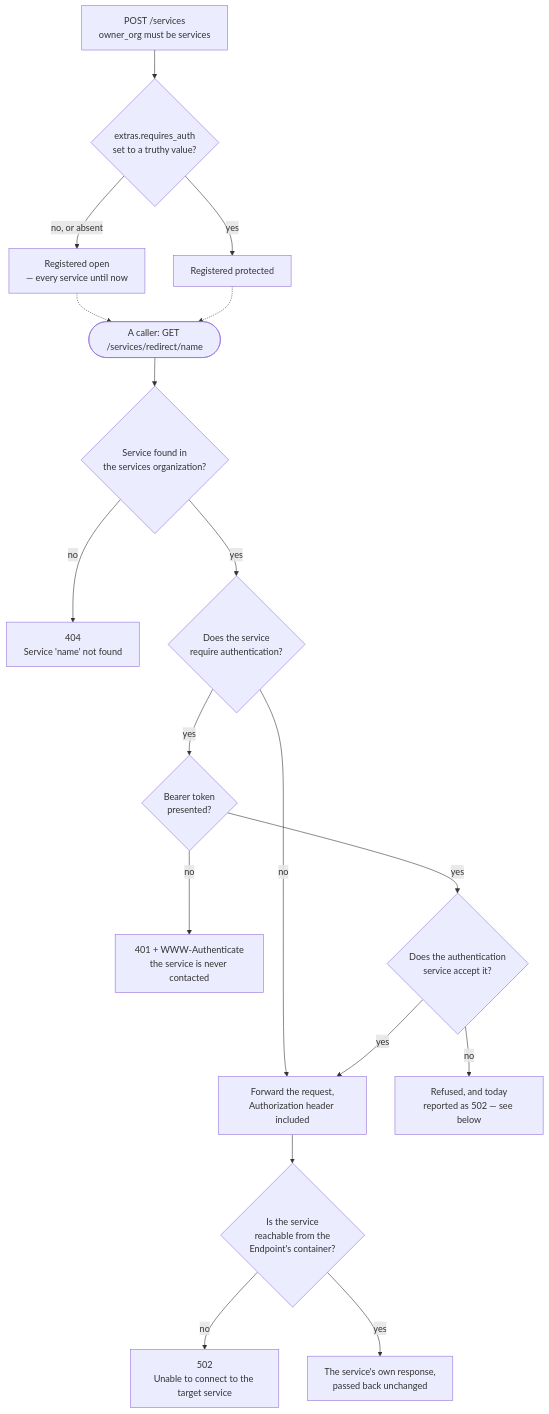
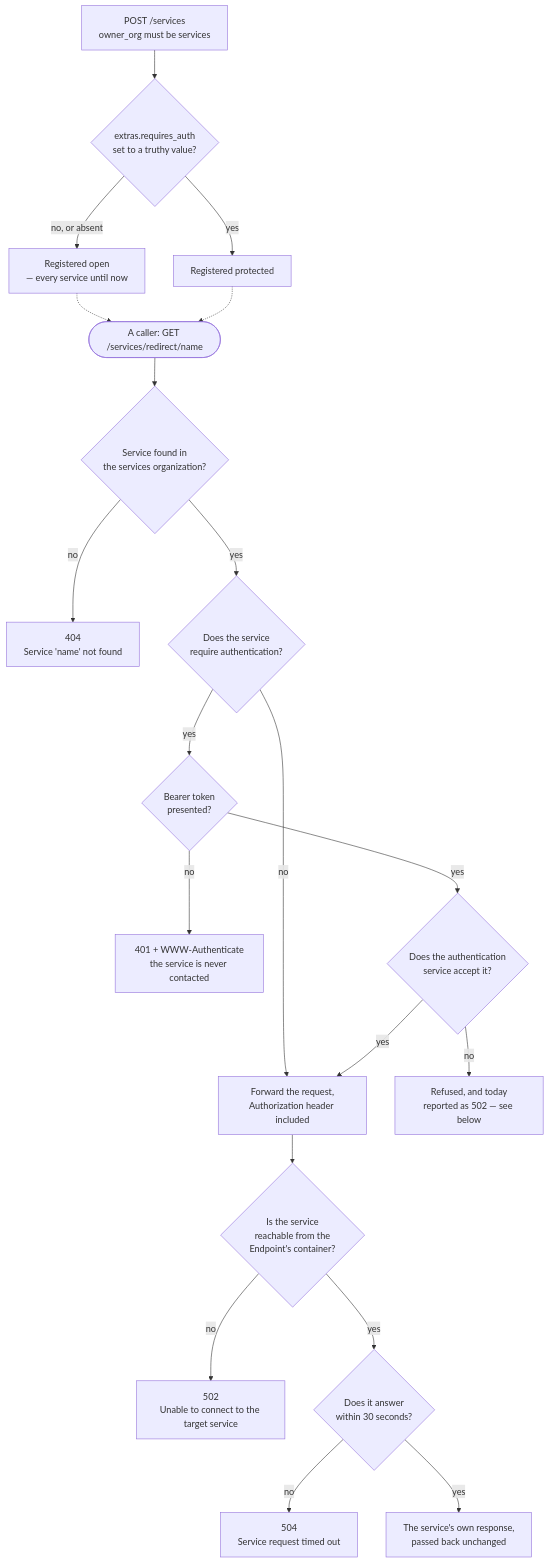
Before and after one commit to national-data-platform/ep-api: the second of 2 diagrams in docs/sequence-diagrams/registering-and-using-a-service.md, drawn with Mermaid. The commit also changed other lines of this file and 13 other files, not shown here.

First line of the commit message:
docs: bring the sequence diagrams and platform pages up to date

````diff
--- a/docs/sequence-diagrams/registering-and-using-a-service.md
+++ b/docs/sequence-diagrams/registering-and-using-a-service.md
@@ -154,24 +159,26 @@
 ```mermaid
 flowchart TD
     R["POST /services<br/>owner_org must be services"] --> RA{"extras.requires_auth<br/>set to a truthy value?"}
     RA -->|"no, or absent"| OPEN["Registered open<br/>— every service until now"]
     RA -->|"yes"| PROT["Registered protected"]
 
     C(["A caller: GET /services/redirect/name"]) --> F{"Service found in<br/>the services organization?"}
     F -->|"no"| E404["404<br/>Service 'name' not found"]
     F -->|"yes"| Q{"Does the service<br/>require authentication?"}
 
     Q -->|"no"| FWD
     Q -->|"yes"| H{"Bearer token<br/>presented?"}
     H -->|"no"| E401["401 + WWW-Authenticate<br/>the service is never contacted"]
     H -->|"yes"| V{"Does the authentication<br/>service accept it?"}
     V -->|"no"| E4XX["Refused, and today<br/>reported as 502 — see below"]
     V -->|"yes"| FWD["Forward the request,<br/>Authorization header included"]
 
     FWD --> S{"Is the service<br/>reachable from the<br/>Endpoint's container?"}
     S -->|"no"| E502["502<br/>Unable to connect to the target service"]
-    S -->|"yes"| OK["The service's own response,<br/>passed back unchanged"]
+    S -->|"yes"| T{"Does it answer<br/>within 30 seconds?"}
+    T -->|"no"| E504["504<br/>Service request timed out"]
+    T -->|"yes"| OK["The service's own response,<br/>passed back unchanged"]
 
     OPEN -.-> C
     PROT -.-> C
 ```
````
